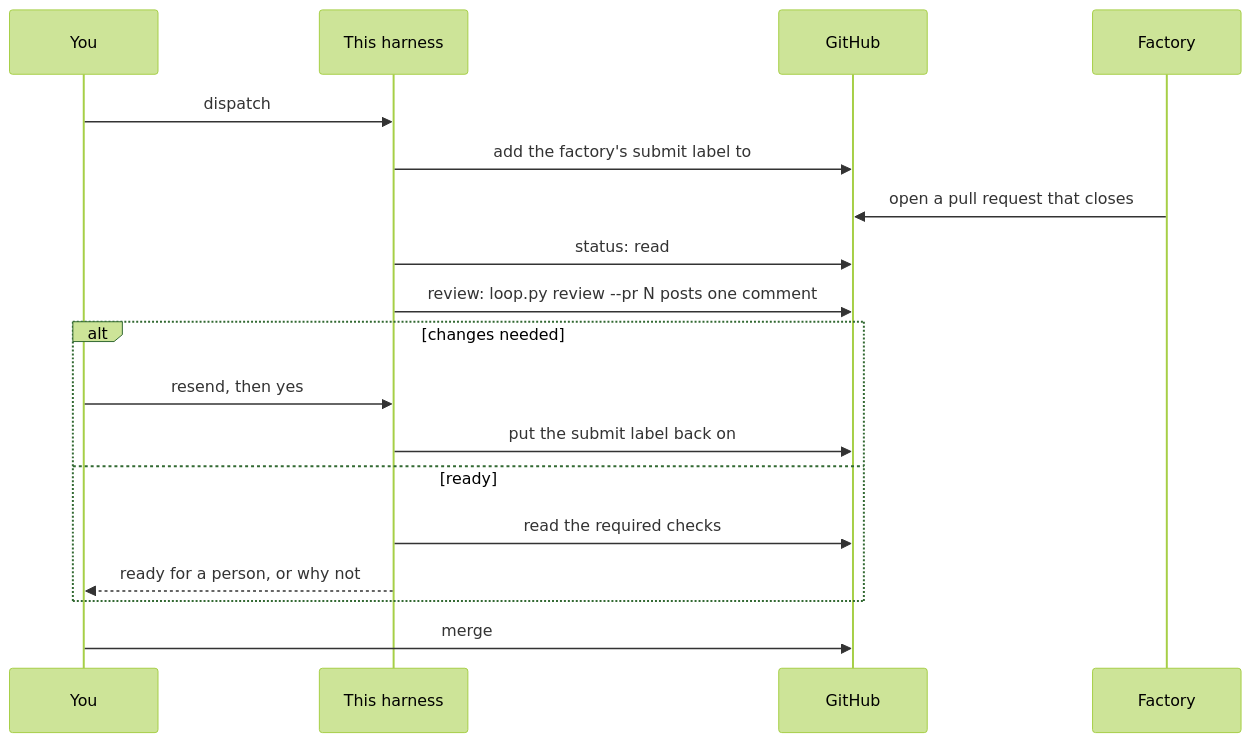
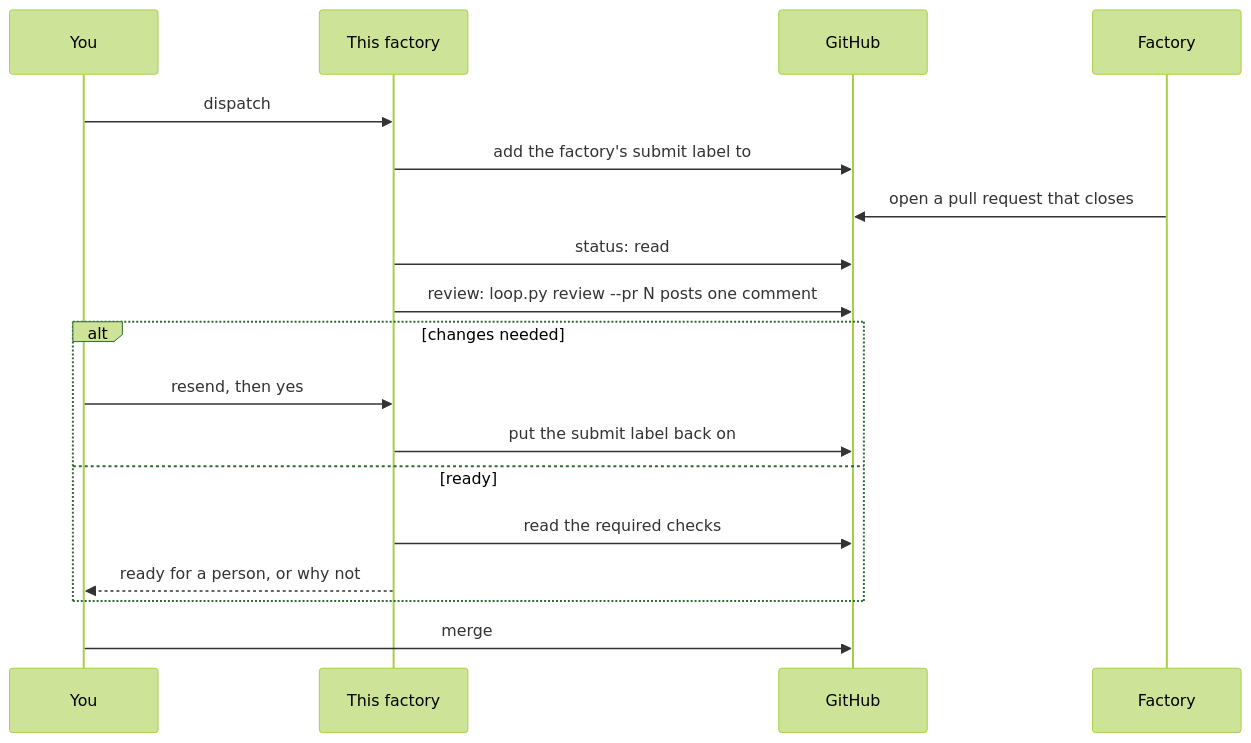
One commit to SanvioLabs/sanvio-factory changed the diagram in HOW-IT-WORKS.md. Above: the diagram before and after it, drawn with Mermaid (forest theme). The commit also changed other lines of this file and 56 other files, not shown here.

````diff
--- a/HOW-IT-WORKS.md
+++ b/HOW-IT-WORKS.md
@@ -629,20 +652,20 @@
 ```mermaid
 sequenceDiagram
     participant You
-    participant Harness as This harness
+    participant Harness as This factory
     participant GitHub
     participant Factory
     You->>Harness: dispatch #12, then yes
     Harness->>GitHub: add the factory's submit label to #12
     Factory->>GitHub: open a pull request that closes #12
     Harness->>GitHub: status: read #12 and its pull request
     Harness->>GitHub: review: loop.py review --pr N posts one comment
     alt changes needed
         You->>Harness: resend, then yes
         Harness->>GitHub: put the submit label back on #12
     else ready
         Harness->>GitHub: read the required checks
         Harness-->>You: ready for a person, or why not
     end
     You->>GitHub: merge
 ```
````
